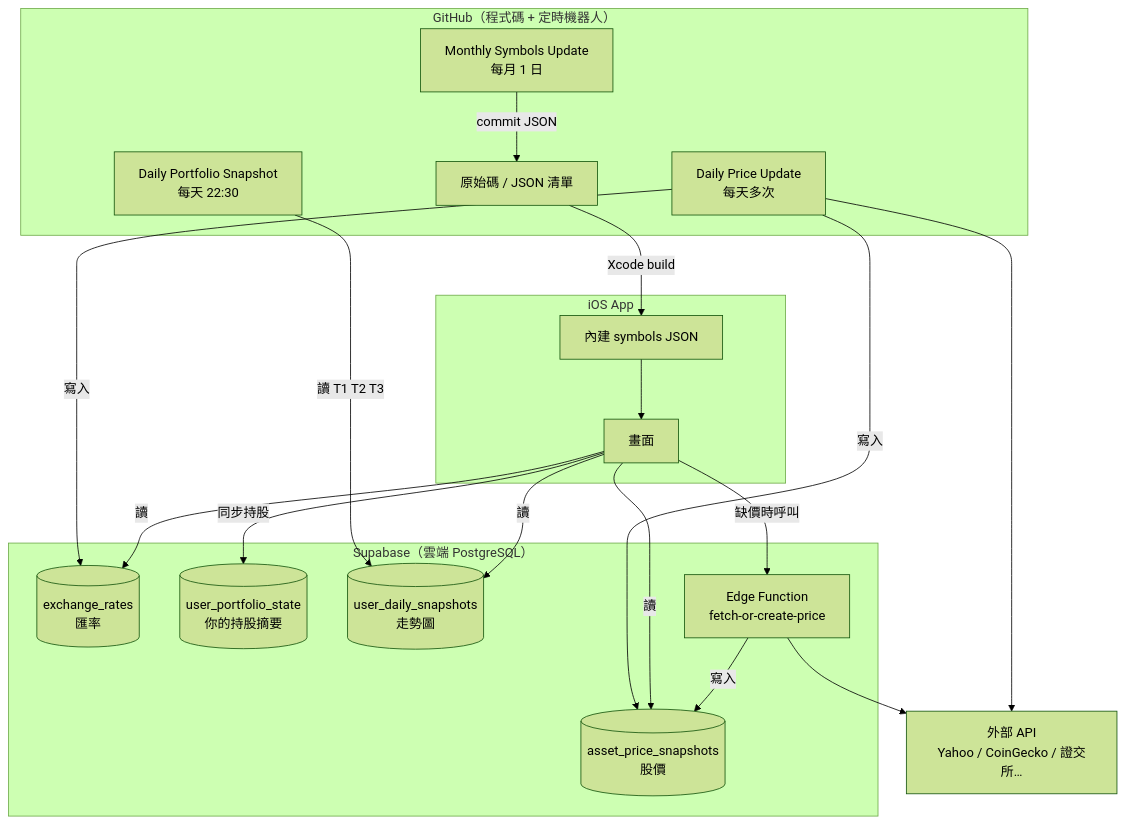
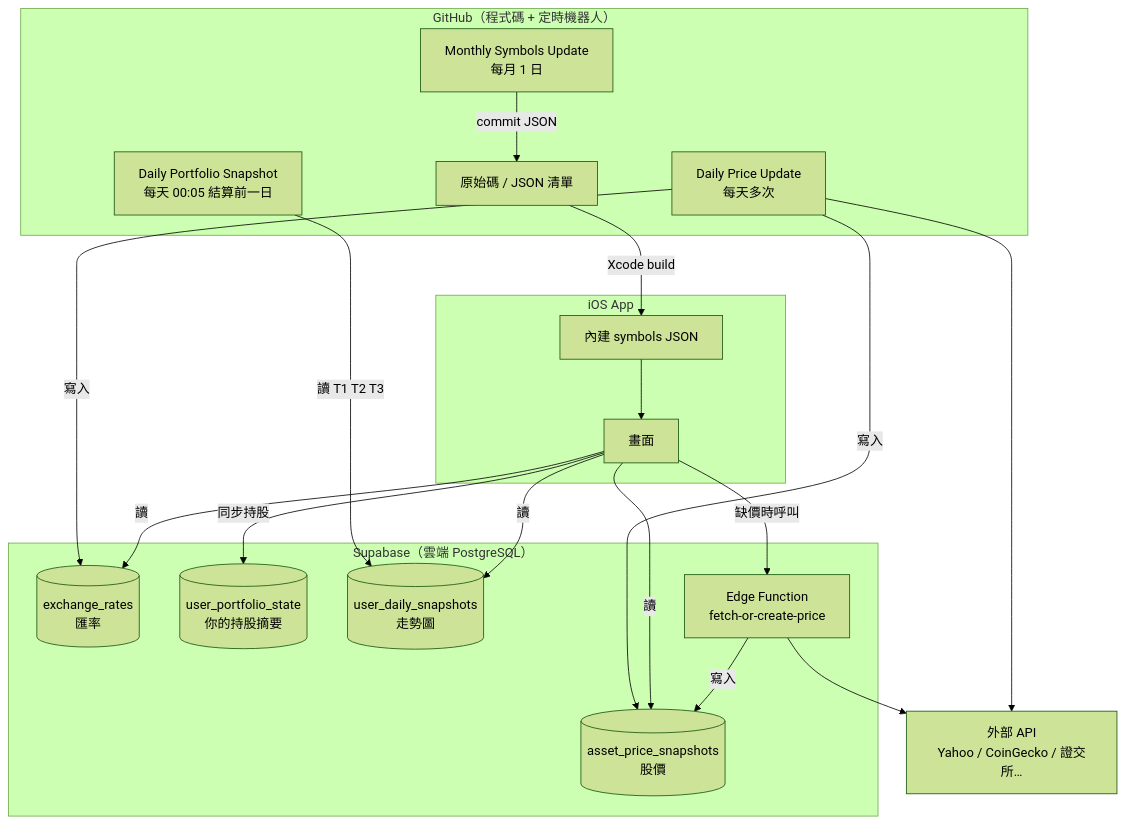
One commit to david04129/Snapvest changed the diagram in ENGINEERING_HANDBOOK.md. Above: the diagram before and after it, drawn with Mermaid (forest theme). The commit also changed other lines of this file and 5 other files, not shown here.

````diff
--- a/ENGINEERING_HANDBOOK.md
+++ b/ENGINEERING_HANDBOOK.md
@@ -47,40 +47,40 @@
 ```mermaid
 flowchart TB
     subgraph GitHub["GitHub（程式碼 + 定時機器人）"]
         Code[原始碼 / JSON 清單]
         WF1[Monthly Symbols Update<br/>每月 1 日]
         WF2[Daily Price Update<br/>每天多次]
-        WF3[Daily Portfolio Snapshot<br/>每天 22:30]
+        WF3[Daily Portfolio Snapshot<br/>每天 00:05 結算前一日]
     end
 
     subgraph Supabase["Supabase（雲端 PostgreSQL）"]
         T1[(asset_price_snapshots<br/>股價)]
         T2[(exchange_rates<br/>匯率)]
         T3[(user_portfolio_state<br/>你的持股摘要)]
         T4[(user_daily_snapshots<br/>走勢圖)]
         EF[Edge Function<br/>fetch-or-create-price]
     end
 
     subgraph App["iOS App"]
         UI[畫面]
         Bundle[內建 symbols JSON]
     end
 
     Ext[外部 API<br/>Yahoo / CoinGecko / 證交所…]
 
     WF1 -->|commit JSON| Code
     Code -->|Xcode build| Bundle
     Bundle --> UI
 
     WF2 -->|寫入| T1
     WF2 -->|寫入| T2
     WF3 -->|讀 T1 T2 T3| T4
     UI -->|讀| T1
     UI -->|讀| T2
     UI -->|讀| T4
     UI -->|同步持股| T3
     UI -->|缺價時呼叫| EF
     EF --> Ext
     EF -->|寫入| T1
     WF2 --> Ext
 ```
````
